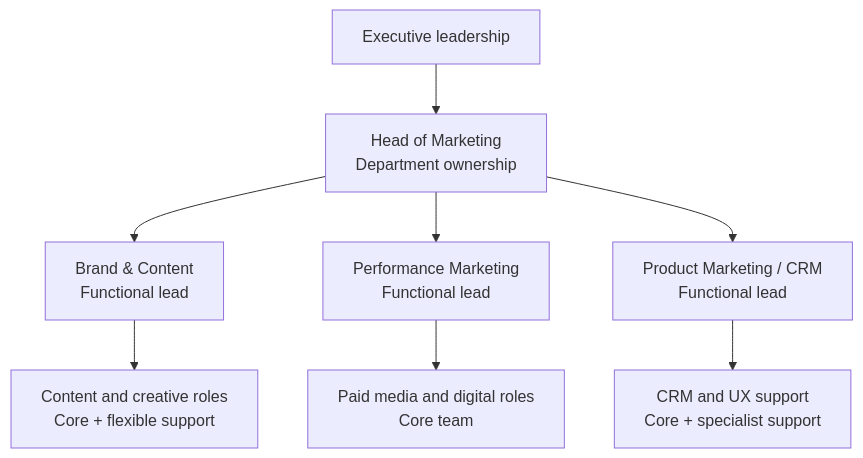
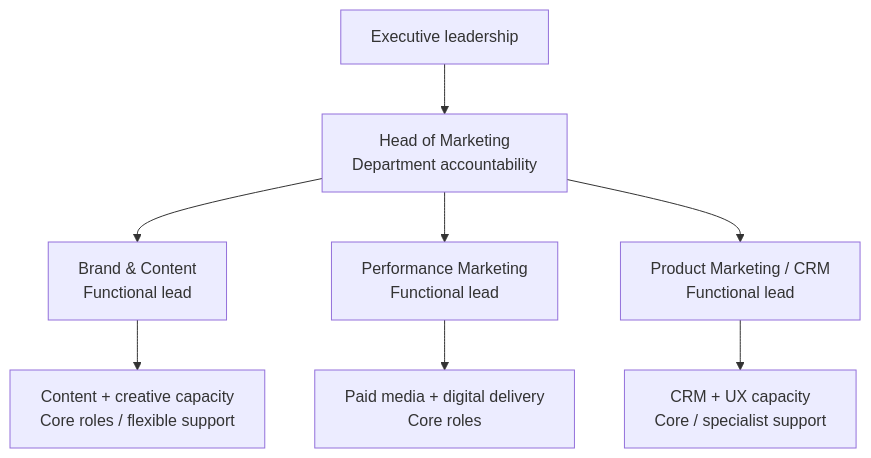
One commit to Beth-foster/Beth-foster changed the third of 3 diagrams in projects/organisational-growth.md. Above: the diagram before and after it, drawn with Mermaid. The commit also changed other lines of this file, not shown here.

````diff
--- a/projects/organisational-growth.md
+++ b/projects/organisational-growth.md
@@ -100,10 +108,10 @@
 ```mermaid
 flowchart TD
-    CEO["Executive leadership"] --> HEAD["Head of Marketing<br/>Department ownership"]
+    CEO["Executive leadership"] --> HEAD["Head of Marketing<br/>Department accountability"]
     HEAD --> BRAND["Brand & Content<br/>Functional lead"]
     HEAD --> PERF["Performance Marketing<br/>Functional lead"]
     HEAD --> PROD["Product Marketing / CRM<br/>Functional lead"]
-    BRAND --> BC["Content and creative roles<br/>Core + flexible support"]
-    PERF --> PM["Paid media and digital roles<br/>Core team"]
-    PROD --> UX["CRM and UX support<br/>Core + specialist support"]
+    BRAND --> BC["Content + creative capacity<br/>Core roles / flexible support"]
+    PERF --> PM["Paid media + digital delivery<br/>Core roles"]
+    PROD --> UX["CRM + UX capacity<br/>Core / specialist support"]
 ```
````
